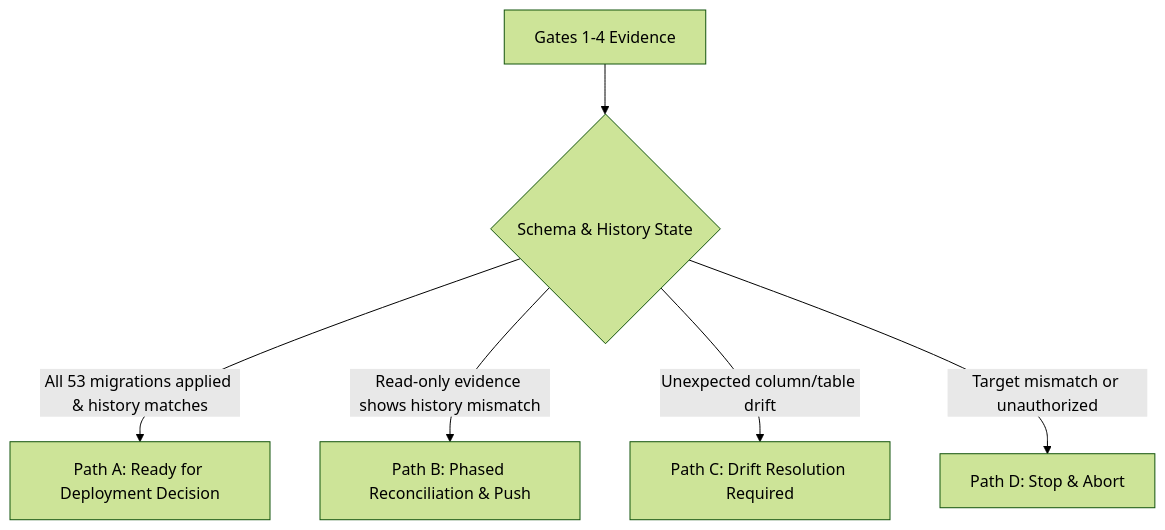
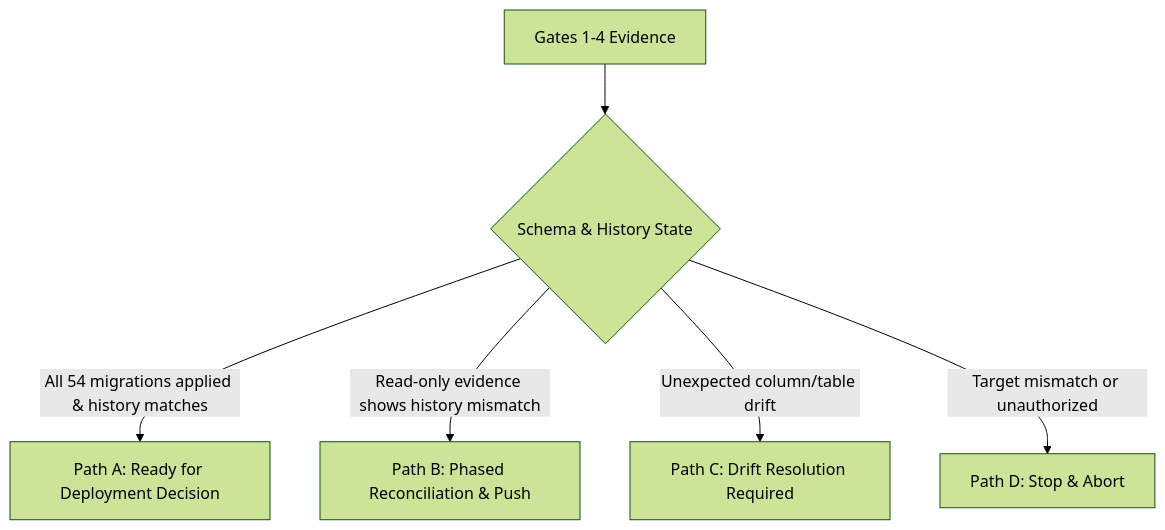
One commit to acmis1/capstone-impact-platform changed the diagram in infra/supabase/staging-reconciliation-runbook.md. Above: the diagram before and after it, drawn with Mermaid (forest theme). The commit also changed other lines of this file and 67 other files, not shown here.

````diff
--- a/infra/supabase/staging-reconciliation-runbook.md
+++ b/infra/supabase/staging-reconciliation-runbook.md
@@ -238,8 +239,8 @@
 ```mermaid
 flowchart TD
     G[Gates 1-4 Evidence] --> C{Schema & History State}
-    C -->|All 53 migrations applied & history matches| PA[Path A: Ready for Deployment Decision]
+    C -->|All 54 migrations applied & history matches| PA[Path A: Ready for Deployment Decision]
     C -->|Read-only evidence shows history mismatch| PB[Path B: Phased Reconciliation & Push]
     C -->|Unexpected column/table drift| PC[Path C: Drift Resolution Required]
     C -->|Target mismatch or unauthorized| PD[Path D: Stop & Abort]
 ```
````
